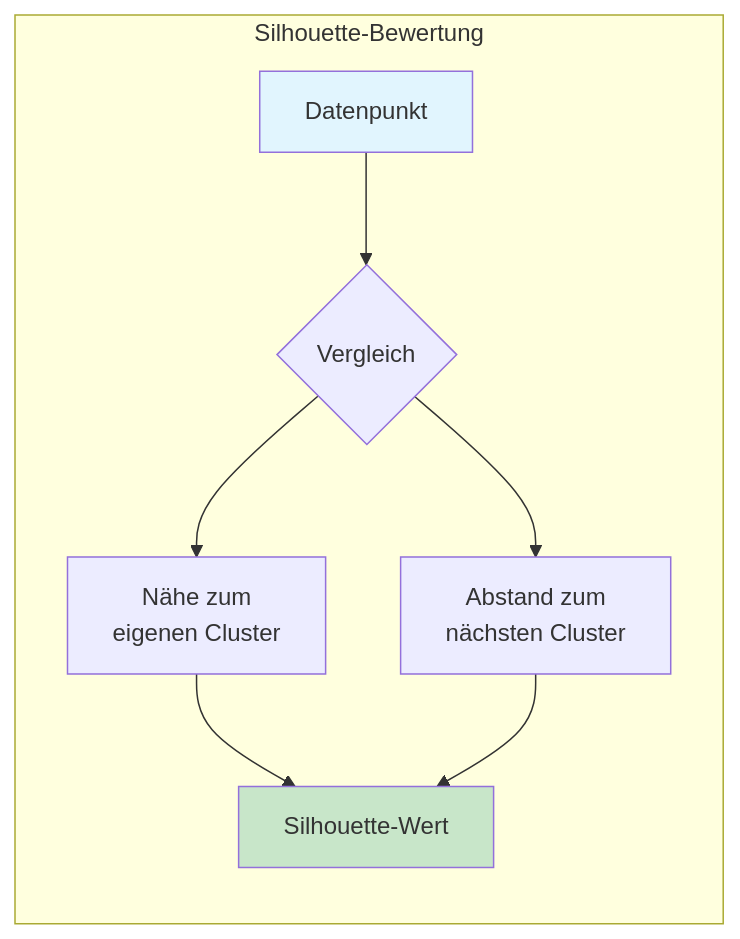
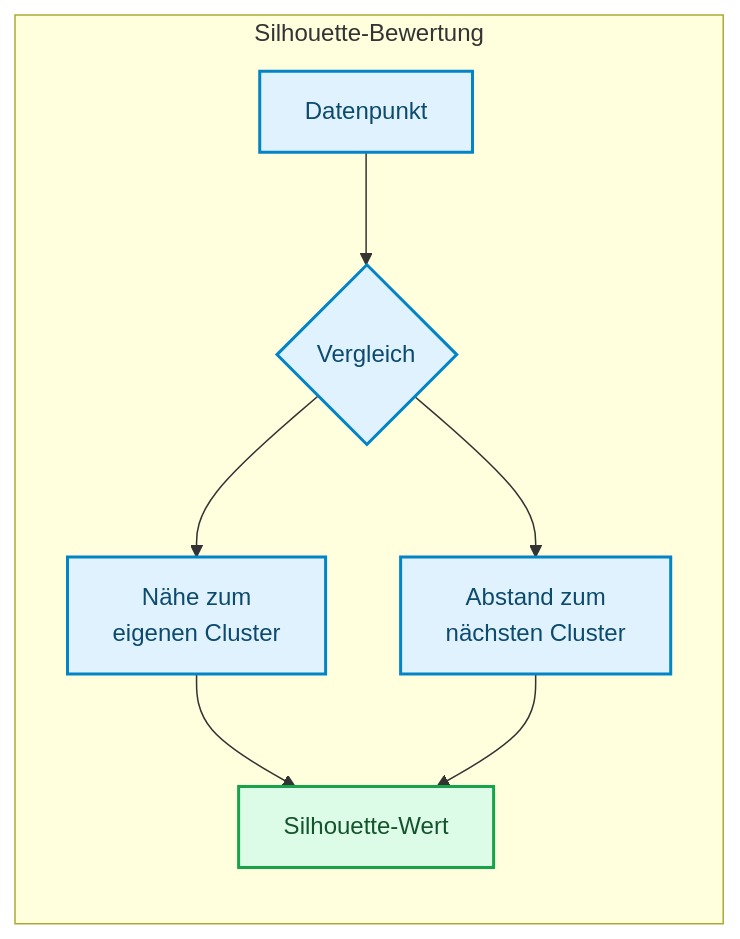
One commit to ralf-42/ML_Intro changed the first of 4 diagrams in docs/concepts/evaluate/bewertung_clustering.md. Above: the diagram before and after it, drawn with Mermaid. The commit also changed other lines of this file and 67 other files, not shown here.

````diff
--- a/docs/concepts/evaluate/bewertung_clustering.md
+++ b/docs/concepts/evaluate/bewertung_clustering.md
@@ -30,13 +30,14 @@
 ```mermaid
 flowchart LR
     subgraph Bewertung["Silhouette-Bewertung"]
         A[Datenpunkt] --> B{Vergleich}
         B --> C[Nähe zum<br/>eigenen Cluster]
         B --> D[Abstand zum<br/>nächsten Cluster]
         C --> E[Silhouette-Wert]
         D --> E
     end
-    
-    style A fill:#e1f5fe
-    style E fill:#c8e6c9
+
+    classDef default fill:#e0f2fe,stroke:#0284c7,stroke-width:2px,color:#0c4a6e;
+    classDef output fill:#dcfce7,stroke:#16a34a,stroke-width:2px,color:#14532d;
+    class E output;
 ```
````
